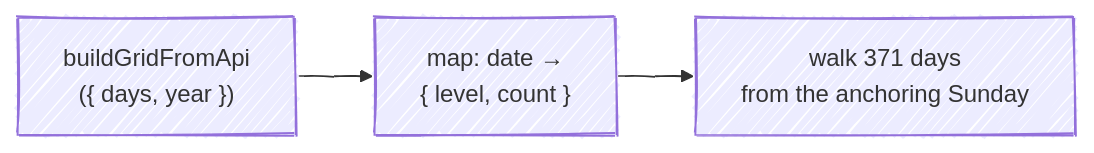
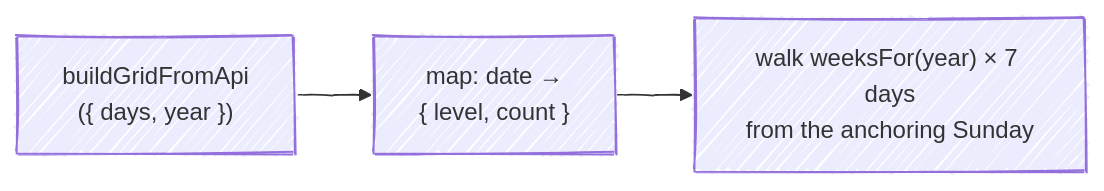
Before and after one commit to fbuireu/contribKit: the second of 2 diagrams in docs/wiki/Calendar-Grid.md, drawn with Mermaid. The commit also changed other lines of this file and 35 other files, not shown here.

````diff
--- a/docs/wiki/Calendar-Grid.md
+++ b/docs/wiki/Calendar-Grid.md
@@ -48,9 +48,9 @@
 ```mermaid
 ---
 config:
   look: handDrawn
 ---
 flowchart LR
     days["buildGridFromApi<br/>({ days, year })"] --> map["map: date →<br/>{ level, count }"]
-    map --> build["walk 371 days<br/>from the anchoring Sunday"]
+    map --> build["walk weeksFor(year) × 7 days<br/>from the anchoring Sunday"]
 ```
````
